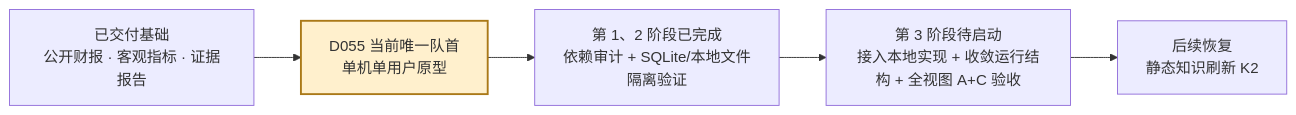
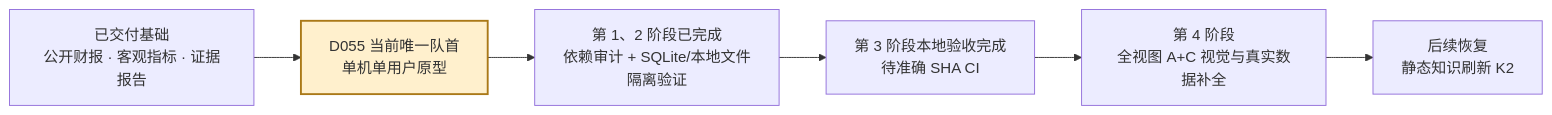
The tenth of 10 diagrams in README.md (davyzhong/FLOW), drawn with Mermaid before and after one commit. The commit also changed other lines of this file and 47 other files, not shown here.

````diff
--- a/README.md
+++ b/README.md
@@ -800,8 +774,9 @@
 ```mermaid
 flowchart LR
     A["已交付基础<br/>公开财报 · 客观指标 · 证据报告"] --> B["D055 当前唯一队首<br/>单机单用户原型"]
     B --> C["第 1、2 阶段已完成<br/>依赖审计 + SQLite/本地文件隔离验证"]
-    C --> D["第 3 阶段待启动<br/>接入本地实现 + 收敛运行结构 + 全视图 A+C 验收"]
-    D --> E["后续恢复<br/>静态知识刷新 K2"]
+    C --> D["第 3 阶段本地验收完成<br/>待准确 SHA CI"]
+    D --> E["第 4 阶段<br/>全视图 A+C 视觉与真实数据补全"]
+    E --> F["后续恢复<br/>静态知识刷新 K2"]
     style B fill:#fff0cd,stroke:#aa7918,stroke-width:2px
 ```
````
